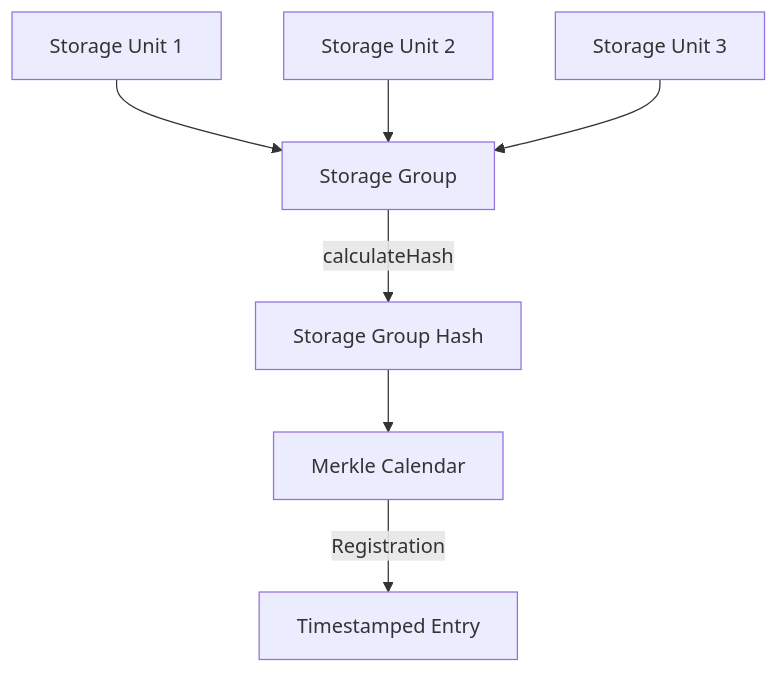
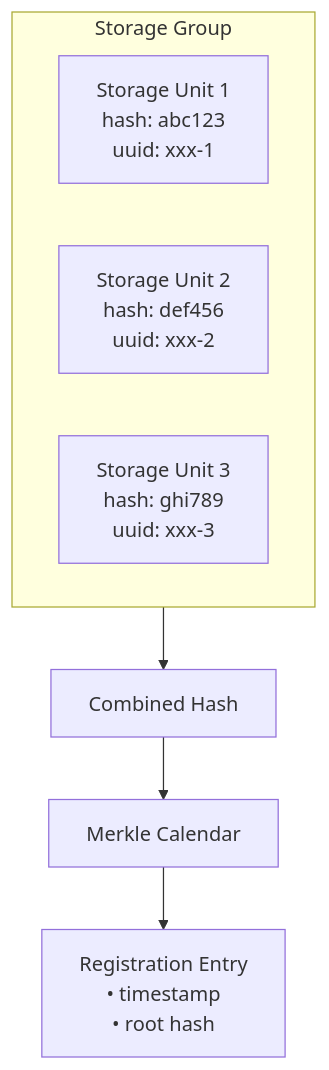
Before and after one commit to Cheesecodemaker/Vericlasify: the third of 5 diagrams in @docs/CODE_EXPLANATION.md, drawn with Mermaid. The commit also changed other lines of this file and 6 other files, not shown here.

````diff
--- a/@docs/CODE_EXPLANATION.md
+++ b/@docs/CODE_EXPLANATION.md
@@ -128,9 +197,12 @@
 ```mermaid
 flowchart TD
-    SU1[Storage Unit 1] --> SG[Storage Group]
-    SU2[Storage Unit 2] --> SG
-    SU3[Storage Unit 3] --> SG
-    SG --> |calculateHash| SGH[Storage Group Hash]
-    SGH --> MC[Merkle Calendar]
-    MC --> |Registration| REG[Timestamped Entry]
+    subgraph SG["Storage Group"]
+        SU1["Storage Unit 1<br/>hash: abc123<br/>uuid: xxx-1"]
+        SU2["Storage Unit 2<br/>hash: def456<br/>uuid: xxx-2"]
+        SU3["Storage Unit 3<br/>hash: ghi789<br/>uuid: xxx-3"]
+    end
+    
+    SG --> H["Combined Hash"]
+    H --> MC["Merkle Calendar"]
+    MC --> REG["Registration Entry<br/>• timestamp<br/>• root hash"]
 ```
````
